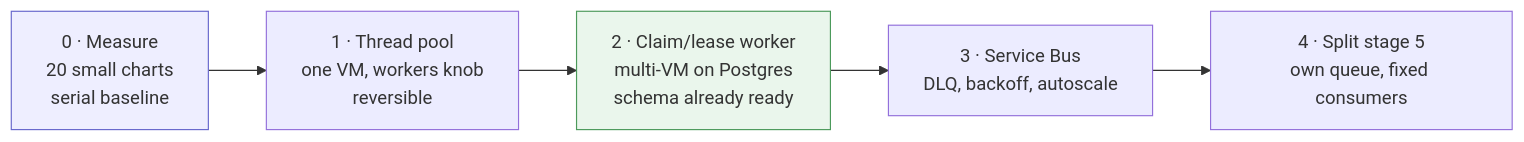
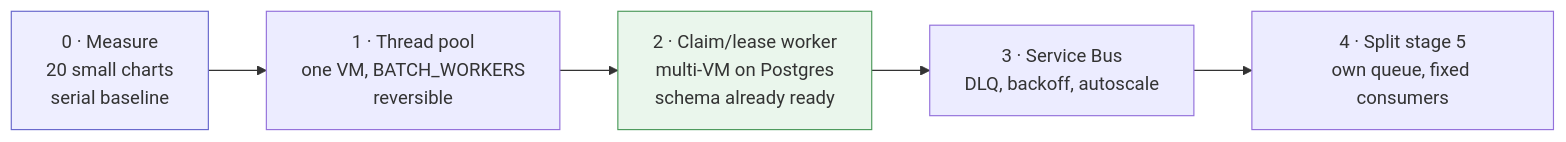
One commit to abhinavdg-ever/model-repo changed the eighth of 8 diagrams in docs/SCALING.md. Above: the diagram before and after it, drawn with Mermaid. The commit also changed other lines of this file and 14 other files, not shown here.

First line of the commit message:
Simplify chart run requests and keep model paths relative to core-pipeline.

````diff
--- a/docs/SCALING.md
+++ b/docs/SCALING.md
@@ -611,11 +616,11 @@
 ```mermaid
 flowchart LR
   P0["0 · Measure<br/>20 small charts<br/>serial baseline"] --> P1
-  P1["1 · Thread pool<br/>one VM, workers knob<br/>reversible"] --> P2
+  P1["1 · Thread pool<br/>one VM, BATCH_WORKERS<br/>reversible"] --> P2
   P2["2 · Claim/lease worker<br/>multi-VM on Postgres<br/>schema already ready"] --> P3
   P3["3 · Service Bus<br/>DLQ, backoff, autoscale"] --> P4
   P4["4 · Split stage 5<br/>own queue, fixed consumers"]
 
   style P0 fill:#eef,stroke:#66c
   style P2 fill:#eaf6ec,stroke:#4c9a5b
 ```
````
